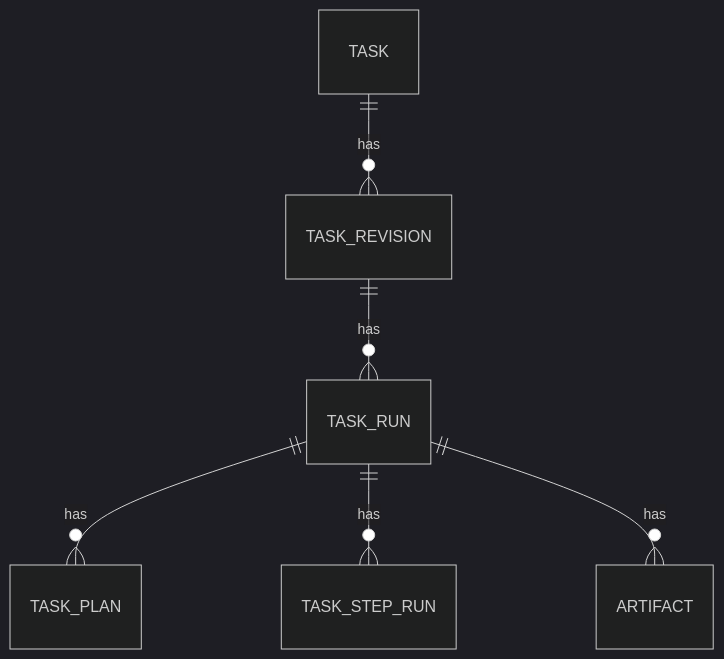
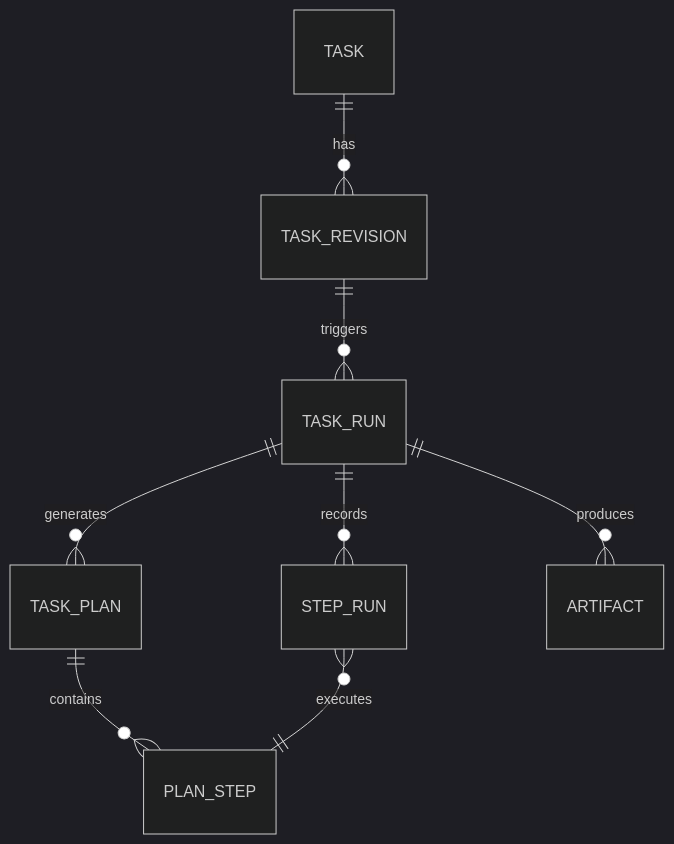
The second of 6 diagrams in docs/简易版-Manus-技术方案总览.md (iceberg211/ai-agent-course-code), drawn with Mermaid (dark theme) before and after one commit. The commit also changed other lines of this file and 4 other files, not shown here.

````diff
--- a/docs/简易版-Manus-技术方案总览.md
+++ b/docs/简易版-Manus-技术方案总览.md
@@ -332,8 +96,10 @@
 ```mermaid
 erDiagram
     TASK ||--o{ TASK_REVISION : has
-    TASK_REVISION ||--o{ TASK_RUN : has
-    TASK_RUN ||--o{ TASK_PLAN : has
-    TASK_RUN ||--o{ TASK_STEP_RUN : has
-    TASK_RUN ||--o{ ARTIFACT : has
+    TASK_REVISION ||--o{ TASK_RUN : triggers
+    TASK_RUN ||--o{ TASK_PLAN : generates
+    TASK_PLAN ||--o{ PLAN_STEP : contains
+    TASK_RUN ||--o{ STEP_RUN : records
+    STEP_RUN }o--|| PLAN_STEP : executes
+    TASK_RUN ||--o{ ARTIFACT : produces
 ```
````
